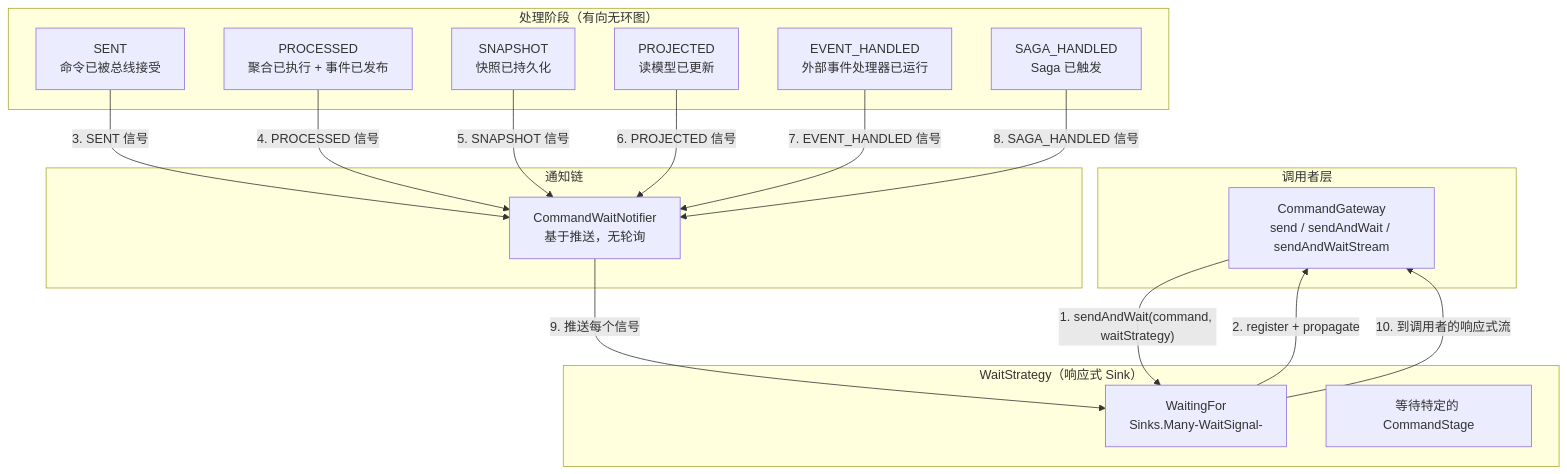
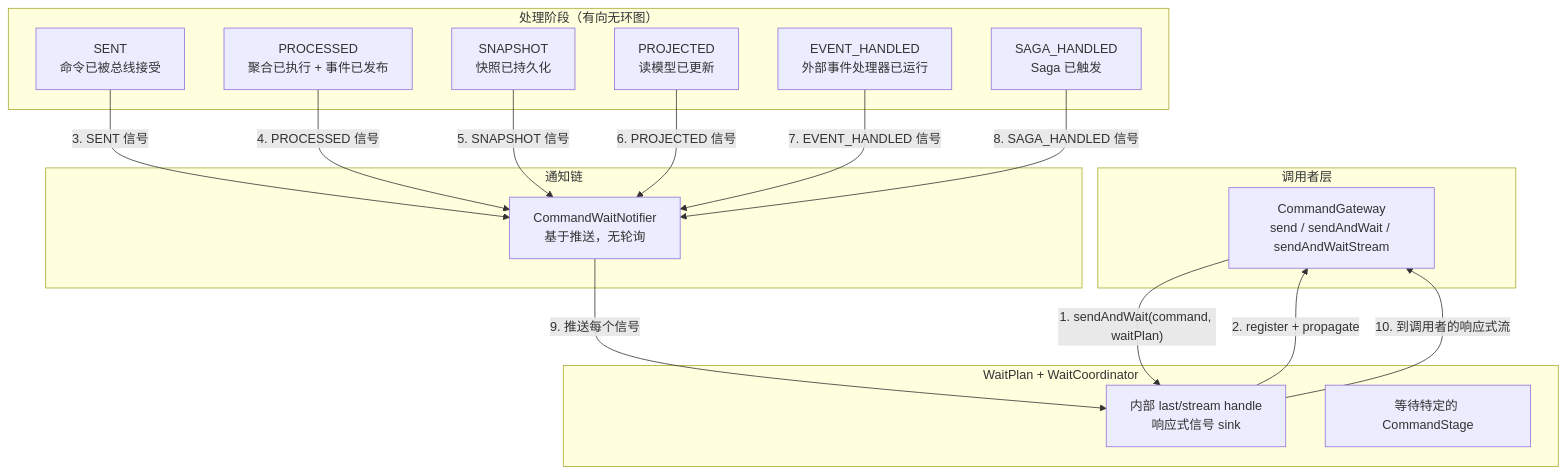
One commit to Ahoo-Wang/Wow changed the first of 4 diagrams in documentation/docs/zh/onboarding/staff-engineer-guide.md. Above: the diagram before and after it, drawn with Mermaid. The commit also changed other lines of this file and 128 other files, not shown here.

Commit message:
feat(core): remove wait strategy runtime

````diff
--- a/documentation/docs/zh/onboarding/staff-engineer-guide.md
+++ b/documentation/docs/zh/onboarding/staff-engineer-guide.md
@@ -57,36 +57,36 @@
 ```mermaid
 graph TB
     subgraph "调用者层"
         CG[CommandGateway<br>send / sendAndWait / sendAndWaitStream]
     end
 
-    subgraph "WaitStrategy（响应式 Sink）"
-        WS[WaitingFor<br>Sinks.Many-WaitSignal-]
+    subgraph "WaitPlan + WaitCoordinator"
+        WS[内部 last/stream handle<br>响应式信号 sink]
         WST[等待特定的 CommandStage]
     end
 
     subgraph "处理阶段（有向无环图）"
         S1[SENT<br>命令已被总线接受]
         S2[PROCESSED<br>聚合已执行 + 事件已发布]
         S3[SNAPSHOT<br>快照已持久化]
         S4[PROJECTED<br>读模型已更新]
         S5[EVENT_HANDLED<br>外部事件处理器已运行]
         S6[SAGA_HANDLED<br>Saga 已触发]
     end
 
     subgraph "通知链"
         CWN[CommandWaitNotifier<br>基于推送，无轮询]
     end
 
-    CG -->|"1. sendAndWait(command, waitStrategy)"| WS
+    CG -->|"1. sendAndWait(command, waitPlan)"| WS
     WS -->|"2. register + propagate"| CG
     S1 -->|"3. SENT 信号"| CWN
     S2 -->|"4. PROCESSED 信号"| CWN
     S3 -->|"5. SNAPSHOT 信号"| CWN
     S4 -->|"6. PROJECTED 信号"| CWN
     S5 -->|"7. EVENT_HANDLED 信号"| CWN
     S6 -->|"8. SAGA_HANDLED 信号"| CWN
     CWN -->|"9. 推送每个信号"| WS
     WS -->|"10. 到调用者的响应式流"| CG
 
 ```
````
